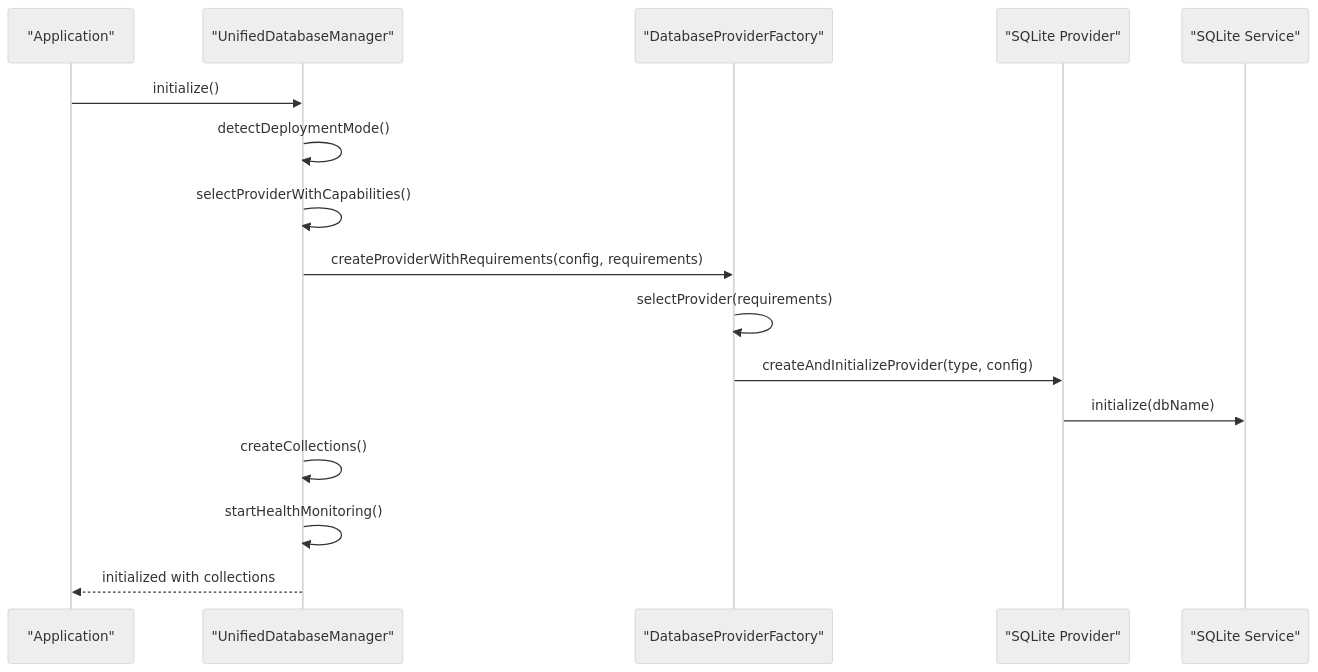
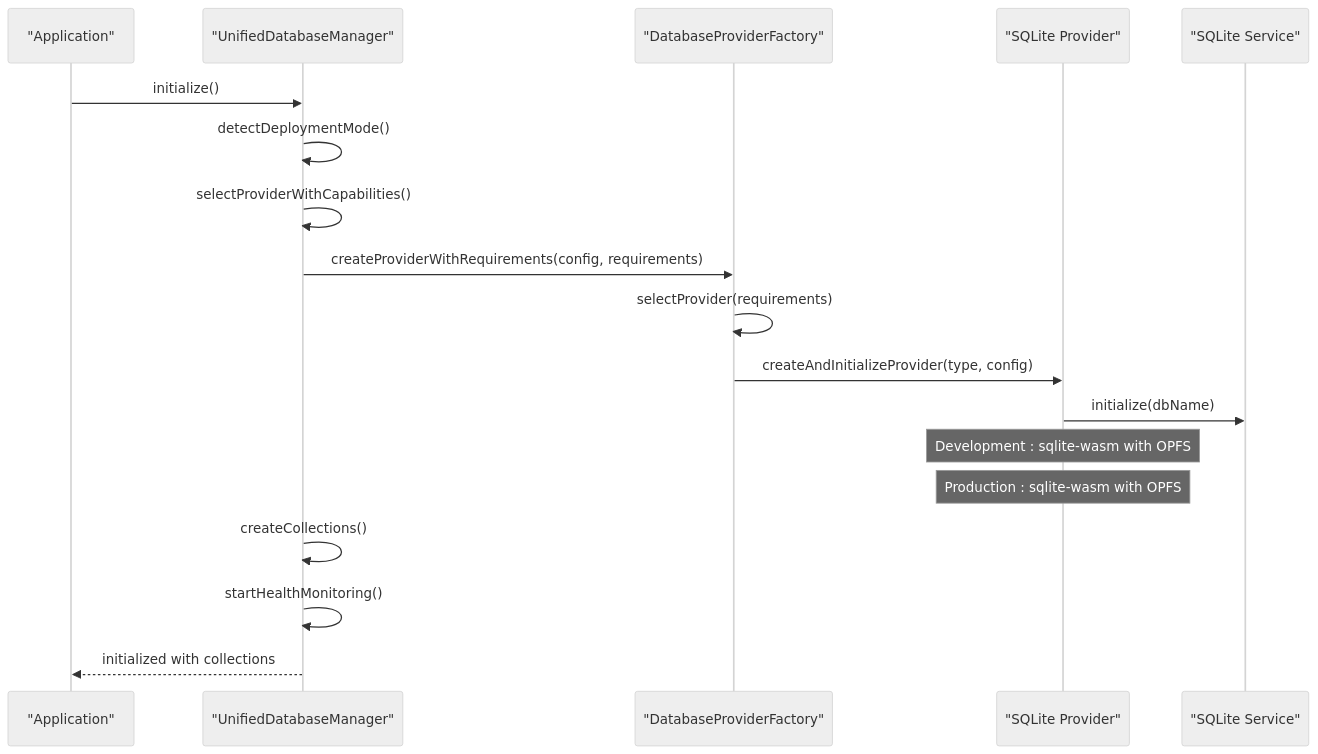
The second of 7 diagrams in .qoder/repowiki/en/content/Data Layer/Database Providers/SQLite Provider.md (geniusdynamics/schoolpilot), drawn with Mermaid (neutral theme) before and after one commit. The commit also changed other lines of this file and 16 other files, not shown here.

````diff
--- a/.qoder/repowiki/en/content/Data Layer/Database Providers/SQLite Provider.md
+++ b/.qoder/repowiki/en/content/Data Layer/Database Providers/SQLite Provider.md
@@ -120,18 +131,20 @@
 ```mermaid
 sequenceDiagram
 participant App as "Application"
 participant UDM as "UnifiedDatabaseManager"
 participant Factory as "DatabaseProviderFactory"
 participant Provider as "SQLite Provider"
 participant Service as "SQLite Service"
 App->>UDM : initialize()
 UDM->>UDM : detectDeploymentMode()
 UDM->>UDM : selectProviderWithCapabilities()
 UDM->>Factory : createProviderWithRequirements(config, requirements)
 Factory->>Factory : selectProvider(requirements)
 Factory->>Provider : createAndInitializeProvider(type, config)
 Provider->>Service : initialize(dbName)
+Note over Provider : Development : sqlite-wasm with OPFS
+Note over Provider : Production : sqlite-wasm with OPFS
 UDM->>UDM : createCollections()
 UDM->>UDM : startHealthMonitoring()
 UDM-->>App : initialized with collections
 ```
````
